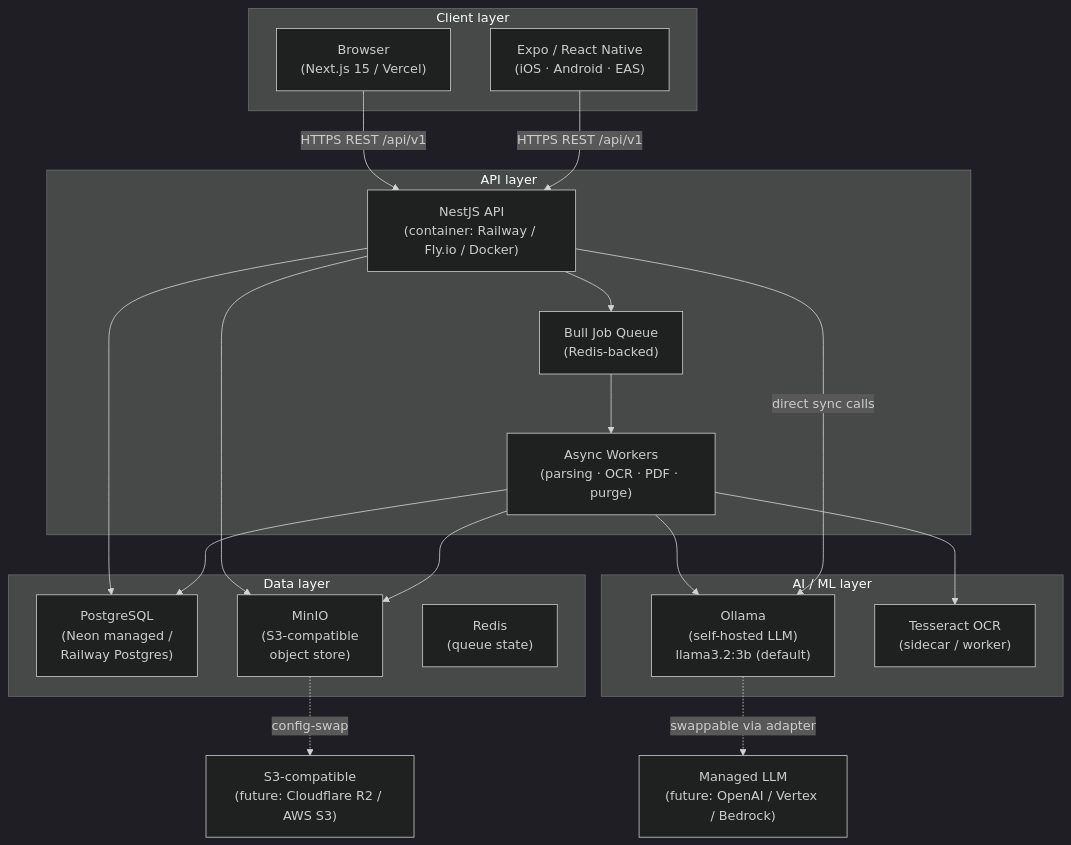
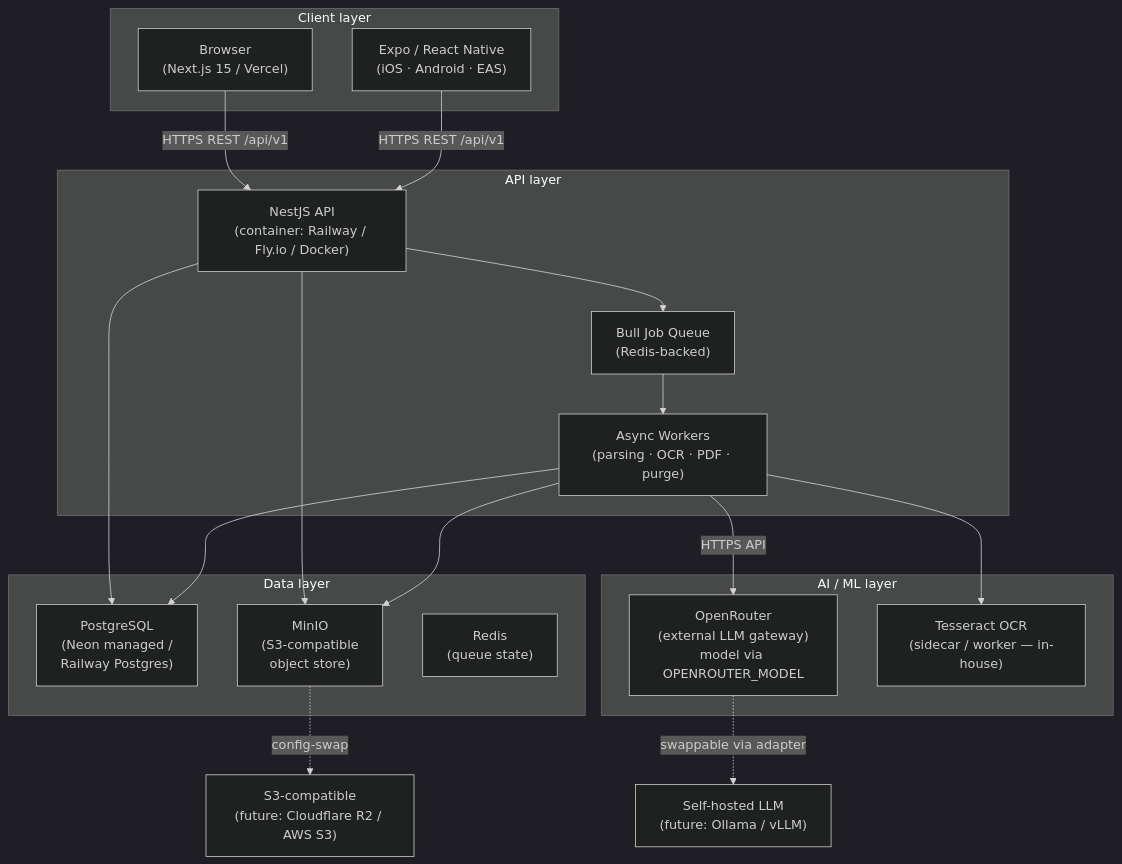
The first of 3 diagrams in docs/CLOUD.md (yashranaway/stabil), drawn with Mermaid (dark theme) before and after one commit. The commit also changed other lines of this file and 27 other files, not shown here.

First line of the commit message:
Docs: switch AI provider from self-hosted Ollama to OpenRouter

````diff
--- a/docs/CLOUD.md
+++ b/docs/CLOUD.md
@@ -90,38 +91,37 @@
 ```mermaid
 graph TB
     subgraph Client layer
         Browser["Browser\n(Next.js 15 / Vercel)"]
         MobileApp["Expo / React Native\n(iOS · Android · EAS)"]
     end
 
     subgraph API layer
         API["NestJS API\n(container: Railway / Fly.io / Docker)"]
         Queue["Bull Job Queue\n(Redis-backed)"]
         Workers["Async Workers\n(parsing · OCR · PDF · purge)"]
     end
 
     subgraph AI / ML layer
-        Ollama["Ollama\n(self-hosted LLM)\nllama3.2:3b (default)"]
-        Tesseract["Tesseract OCR\n(sidecar / worker)"]
+        OpenRouter["OpenRouter\n(external LLM gateway)\nmodel via OPENROUTER_MODEL"]
+        Tesseract["Tesseract OCR\n(sidecar / worker — in-house)"]
     end
 
     subgraph Data layer
         Postgres["PostgreSQL\n(Neon managed /\nRailway Postgres)"]
         MinIO["MinIO\n(S3-compatible\nobject store)"]
         Redis["Redis\n(queue state)"]
     end
 
     Browser -->|HTTPS REST /api/v1| API
     MobileApp -->|HTTPS REST /api/v1| API
     API --> Postgres
     API --> MinIO
     API --> Queue
     Queue --> Workers
-    Workers --> Ollama
+    Workers -->|HTTPS API| OpenRouter
     Workers --> Tesseract
     Workers --> Postgres
     Workers --> MinIO
-    API -->|direct sync calls| Ollama
-    Ollama -.->|swappable via adapter| ManagedLLM["Managed LLM\n(future: OpenAI / Vertex / Bedrock)"]
+    OpenRouter -.->|swappable via adapter| SelfHosted["Self-hosted LLM\n(future: Ollama / vLLM)"]
     MinIO -.->|config-swap| S3["S3-compatible\n(future: Cloudflare R2 / AWS S3)"]
 ```
````
